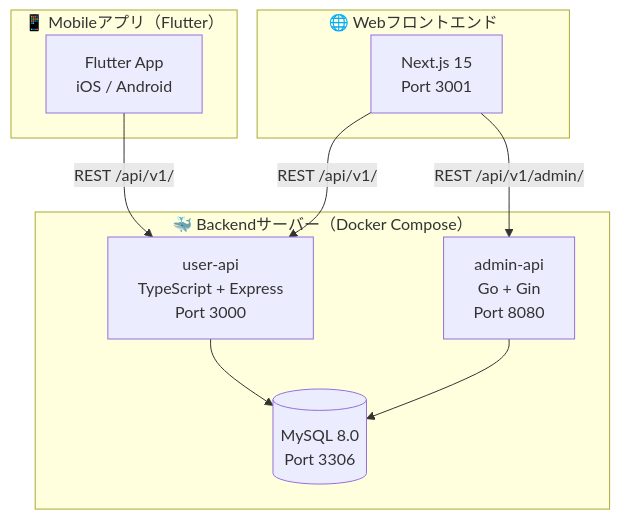
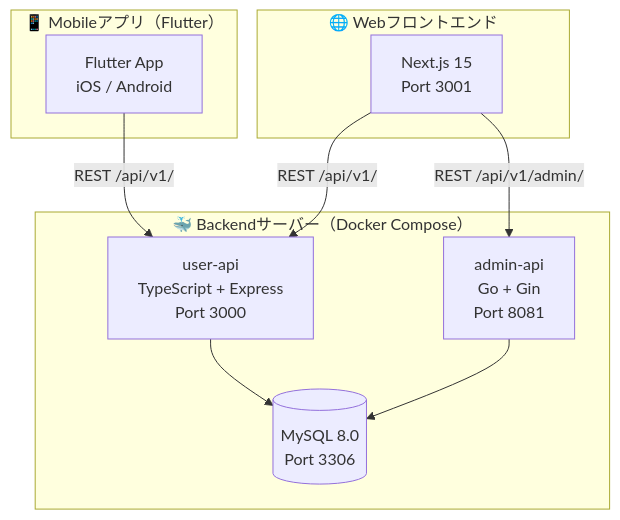
The first of 11 diagrams in architecture_guideline.md (fumiyasac/junc_hamburger_club), drawn with Mermaid before and after one commit. The commit also changed other lines of this file and 34 other files, not shown here.

````diff
--- a/architecture_guideline.md
+++ b/architecture_guideline.md
@@ -27,22 +27,22 @@
 ```mermaid
 graph TB
     subgraph Mobile["📱 Mobileアプリ（Flutter）"]
         APP["Flutter App<br/>iOS / Android"]
     end
 
     subgraph Docker["🐳 Backendサーバー（Docker Compose）"]
         UA["user-api<br/>TypeScript + Express<br/>Port 3000"]
-        AA["admin-api<br/>Go + Gin<br/>Port 8080"]
+        AA["admin-api<br/>Go + Gin<br/>Port 8081"]
         DB[("MySQL 8.0<br/>Port 3306")]
         UA --> DB
         AA --> DB
     end
 
     subgraph Web["🌐 Webフロントエンド"]
         NX["Next.js 15<br/>Port 3001"]
     end
 
     APP -- "REST /api/v1/" --> UA
     NX -- "REST /api/v1/" --> UA
     NX -- "REST /api/v1/admin/" --> AA
 ```
````
